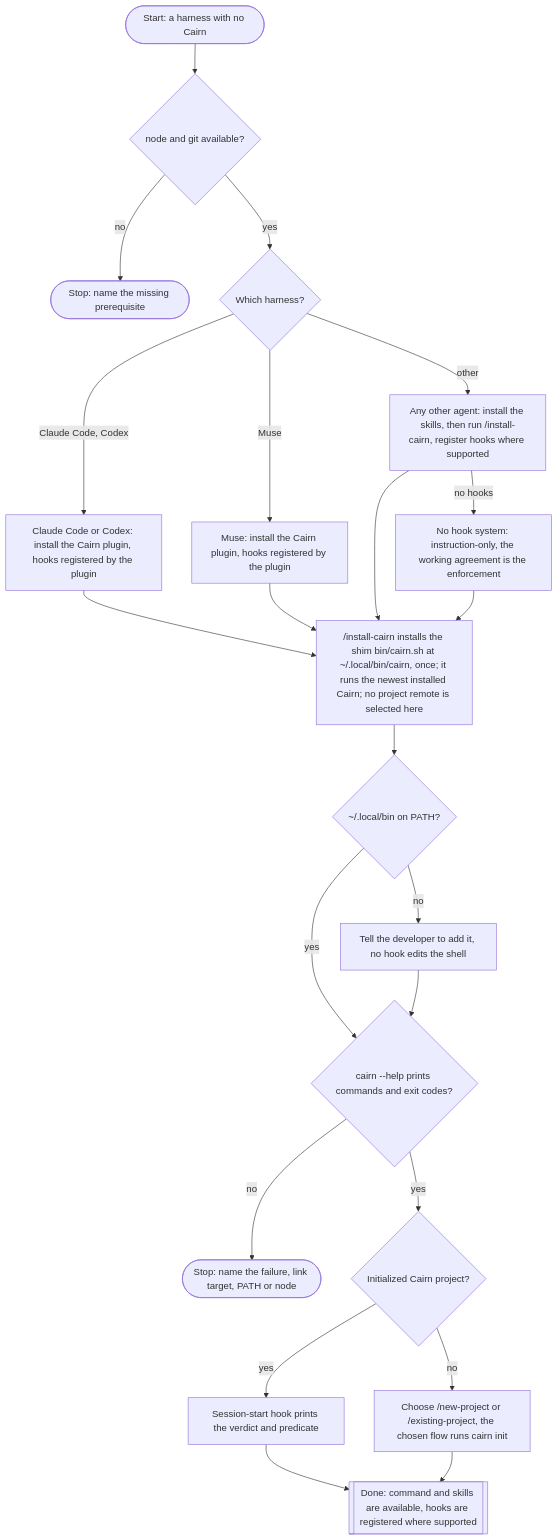
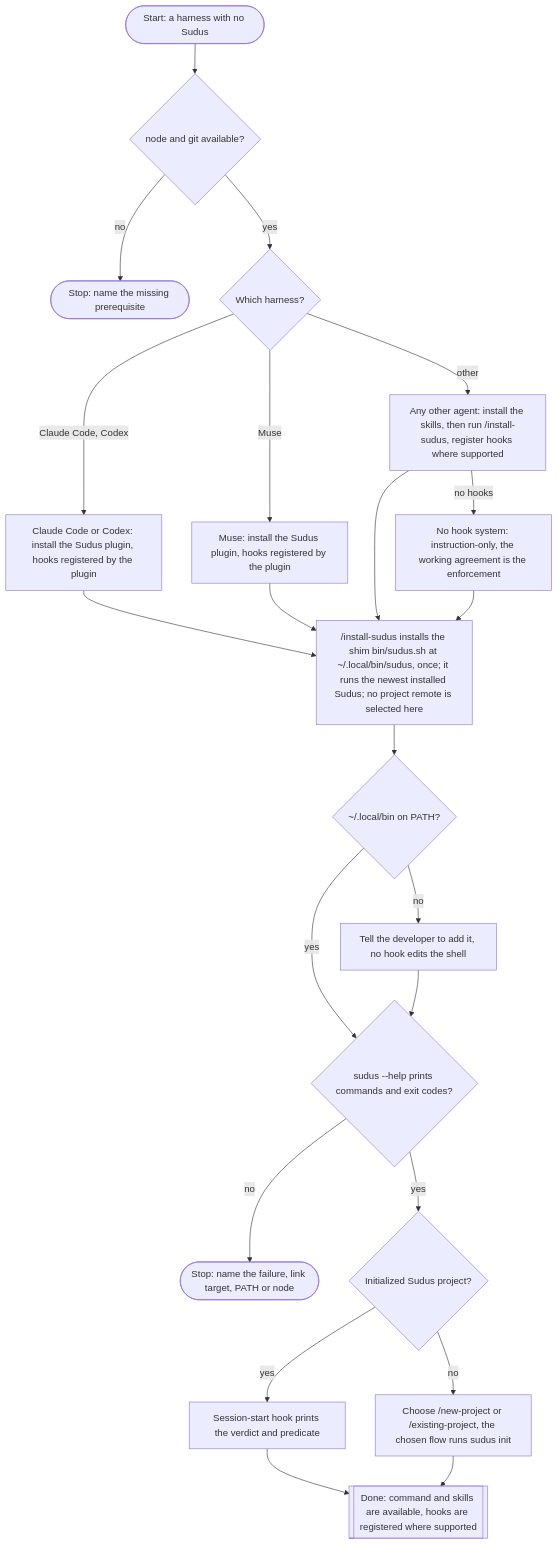
One commit to eas4ai/cairn changed the sixth of 6 diagrams in docs/manual.md. Above: the diagram before and after it, drawn with Mermaid. The commit also changed other lines of this file and 103 other files, not shown here.

First line of the commit message:
Rename Cairn to Sudus across the command, plugins, skills, spec, docs and tests

````diff
--- a/docs/manual.md
+++ b/docs/manual.md
@@ -1081,42 +1081,42 @@
 ```mermaid
 flowchart TB
-  start(["Start: a harness with no Cairn"])
+  start(["Start: a harness with no Sudus"])
   prereq{"node and git available?"}
   missing(["Stop: name the missing prerequisite"])
   harness{"Which harness?"}
-  cc["Claude Code or Codex: install the Cairn plugin, hooks registered by the plugin"]
-  muse["Muse: install the Cairn plugin, hooks registered by the plugin"]
-  other["Any other agent: install the skills, then run /install-cairn, register hooks where supported"]
+  cc["Claude Code or Codex: install the Sudus plugin, hooks registered by the plugin"]
+  muse["Muse: install the Sudus plugin, hooks registered by the plugin"]
+  other["Any other agent: install the skills, then run /install-sudus, register hooks where supported"]
   nohooks["No hook system: instruction-only, the working agreement is the enforcement"]
-  link["/install-cairn installs the shim bin/cairn.sh at ~/.local/bin/cairn, once; it runs the newest installed Cairn; no project remote is selected here"]
+  link["/install-sudus installs the shim bin/sudus.sh at ~/.local/bin/sudus, once; it runs the newest installed Sudus; no project remote is selected here"]
   path{"~/.local/bin on PATH?"}
   addpath["Tell the developer to add it, no hook edits the shell"]
-  help{"cairn --help prints commands and exit codes?"}
+  help{"sudus --help prints commands and exit codes?"}
   broken(["Stop: name the failure, link target, PATH or node"])
-  project{"Initialized Cairn project?"}
+  project{"Initialized Sudus project?"}
   wake["Session-start hook prints the verdict and predicate"]
-  choose["Choose /new-project or /existing-project, the chosen flow runs cairn init"]
+  choose["Choose /new-project or /existing-project, the chosen flow runs sudus init"]
   done[["Done: command and skills are available, hooks are registered where supported"]]
 
   start --> prereq
   prereq -->|"no"| missing
   prereq -->|"yes"| harness
   harness -->|"Claude Code, Codex"| cc
   harness -->|"Muse"| muse
   harness -->|"other"| other
   other -->|"no hooks"| nohooks
   cc --> link
   muse --> link
   other --> link
   nohooks --> link
   link --> path
   path -->|"no"| addpath
   path -->|"yes"| help
   addpath --> help
   help -->|"no"| broken
   help -->|"yes"| project
   project -->|"yes"| wake
   project -->|"no"| choose
   wake --> done
   choose --> done
 ```
````
